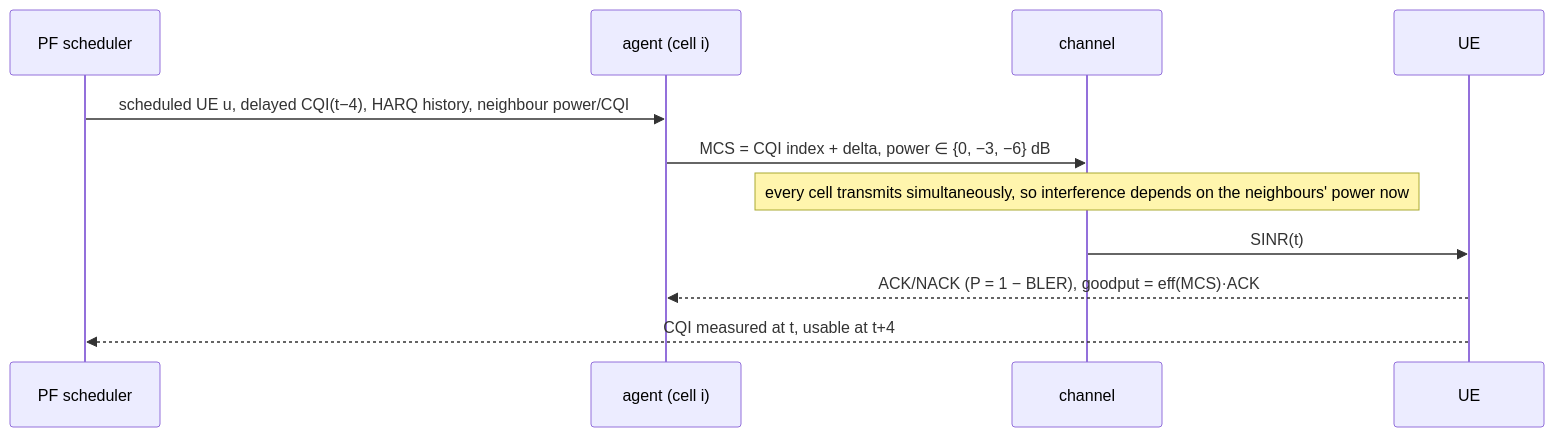
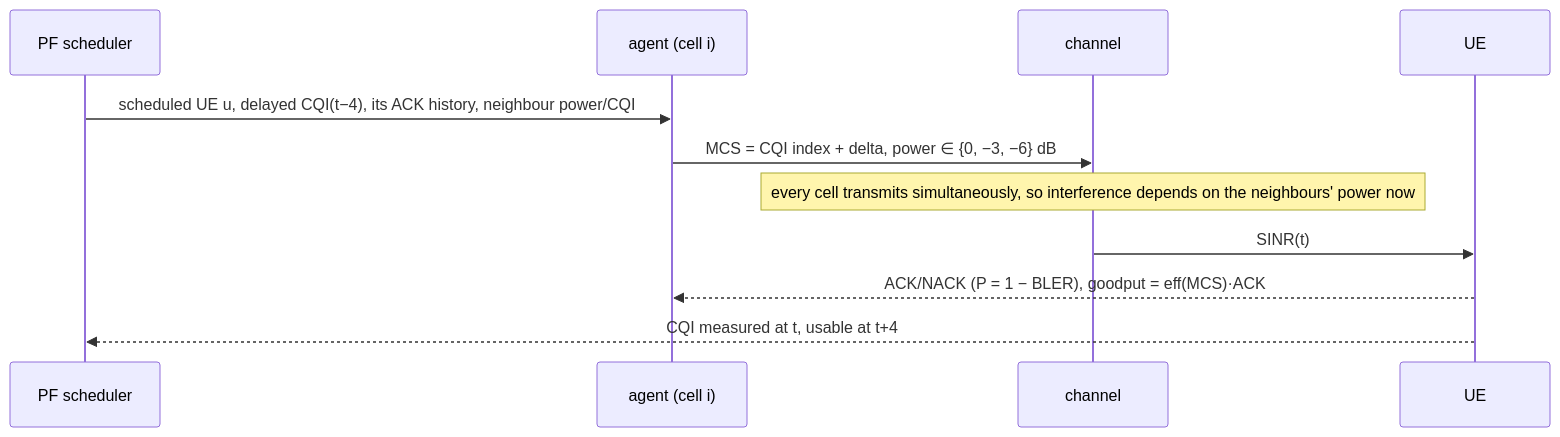
One commit to arman-dogru/ai-ran-link-adaptation-marl-sandbox changed the second of 3 diagrams in README.md. Above: the diagram before and after it, drawn with Mermaid. The commit also changed other lines of this file and 3 other files, not shown here.

````diff
--- a/README.md
+++ b/README.md
@@ -91,13 +96,13 @@
 ```mermaid
 sequenceDiagram
   participant S as PF scheduler
   participant A as agent (cell i)
   participant C as channel
   participant U as UE
-  S->>A: scheduled UE u, delayed CQI(t−4), HARQ history, neighbour power/CQI
+  S->>A: scheduled UE u, delayed CQI(t−4), its ACK history, neighbour power/CQI
   A->>C: MCS = CQI index + delta, power ∈ {0, −3, −6} dB
   Note over C: every cell transmits simultaneously, so interference depends on the neighbours' power now
   C->>U: SINR(t)
   U-->>A: ACK/NACK (P = 1 − BLER), goodput = eff(MCS)·ACK
   U-->>S: CQI measured at t, usable at t+4
 ```
````
